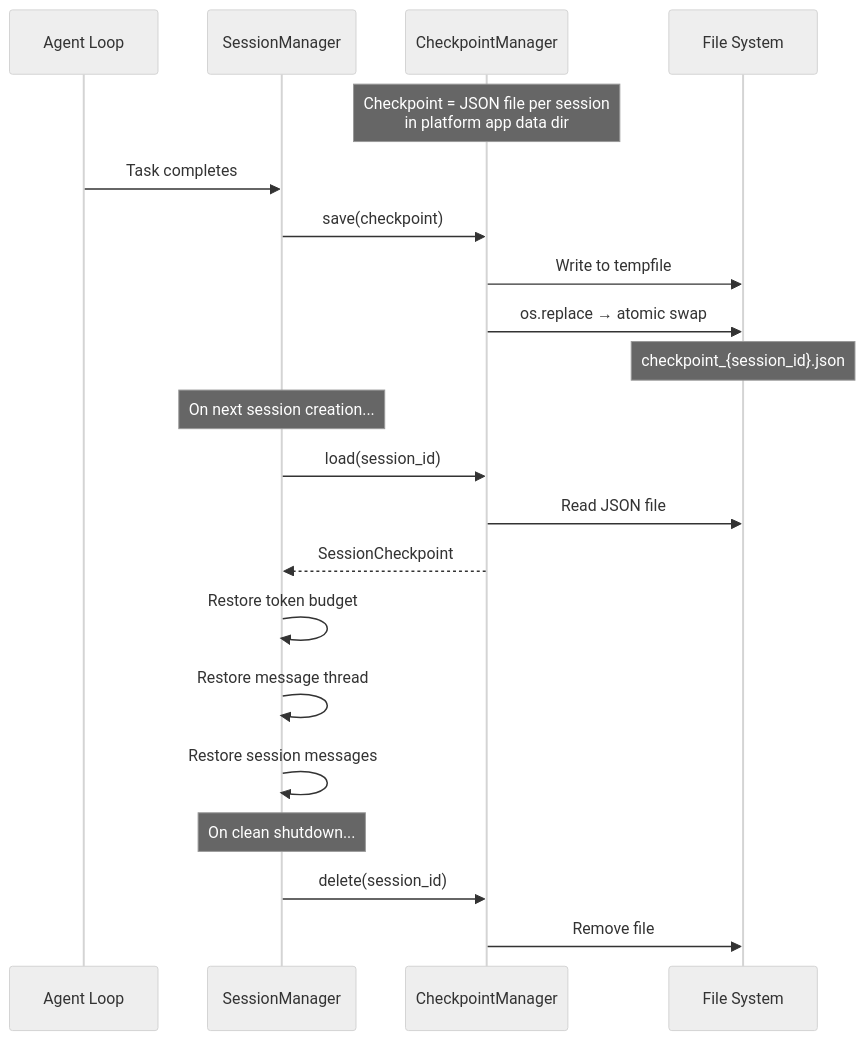
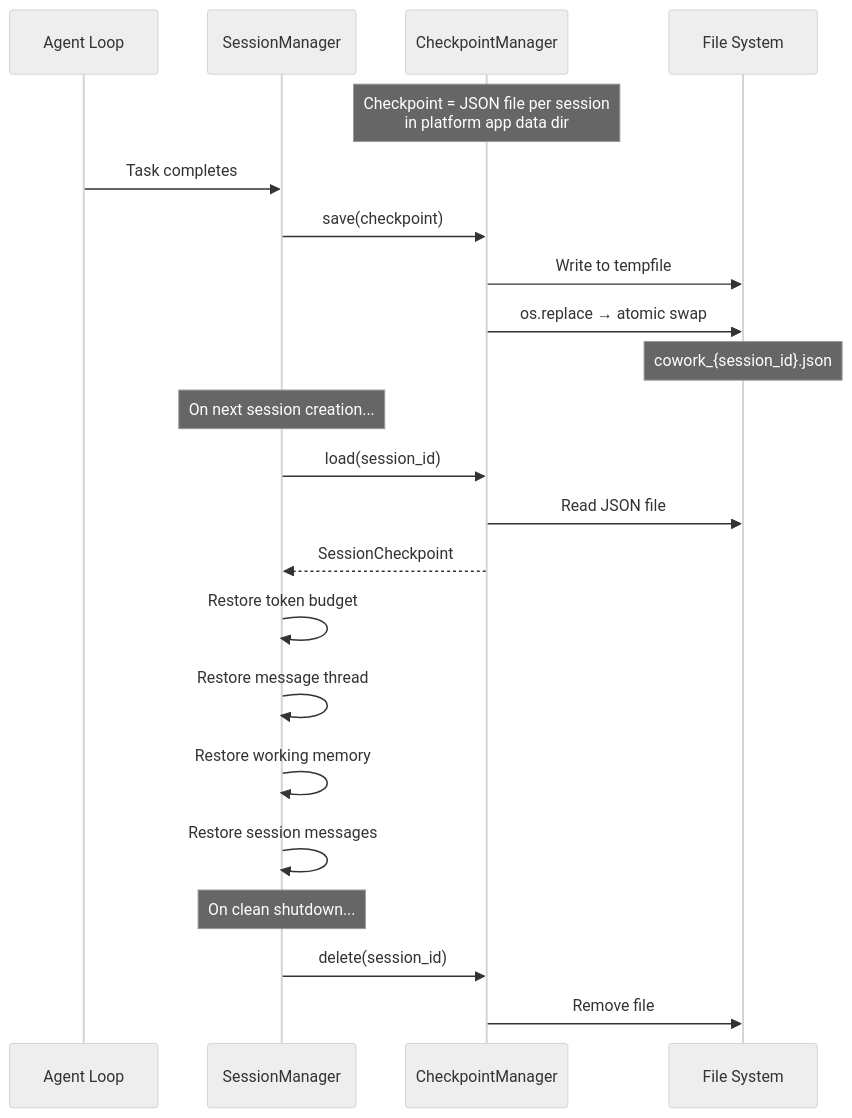
Diagram 19 of 20 in docs/agent-loop-architecture.md (suman724/cowork-agent-runtime), drawn with Mermaid (neutral theme) before and after one commit. The commit also changed other lines of this file, not shown here.

````diff
--- a/docs/agent-loop-architecture.md
+++ b/docs/agent-loop-architecture.md
@@ -1028,27 +1049,28 @@
 ```mermaid
 sequenceDiagram
     participant AL as Agent Loop
     participant SM as SessionManager
     participant CM as CheckpointManager
     participant FS as File System
 
     Note over CM: Checkpoint = JSON file per session<br/>in platform app data dir
 
     AL->>SM: Task completes
     SM->>CM: save(checkpoint)
     CM->>FS: Write to tempfile
     CM->>FS: os.replace → atomic swap
-    Note over FS: checkpoint_{session_id}.json
+    Note over FS: cowork_{session_id}.json
 
     Note over SM: On next session creation...
     SM->>CM: load(session_id)
     CM->>FS: Read JSON file
     CM-->>SM: SessionCheckpoint
     SM->>SM: Restore token budget
     SM->>SM: Restore message thread
+    SM->>SM: Restore working memory
     SM->>SM: Restore session messages
 
     Note over SM: On clean shutdown...
     SM->>CM: delete(session_id)
     CM->>FS: Remove file
 ```
````
